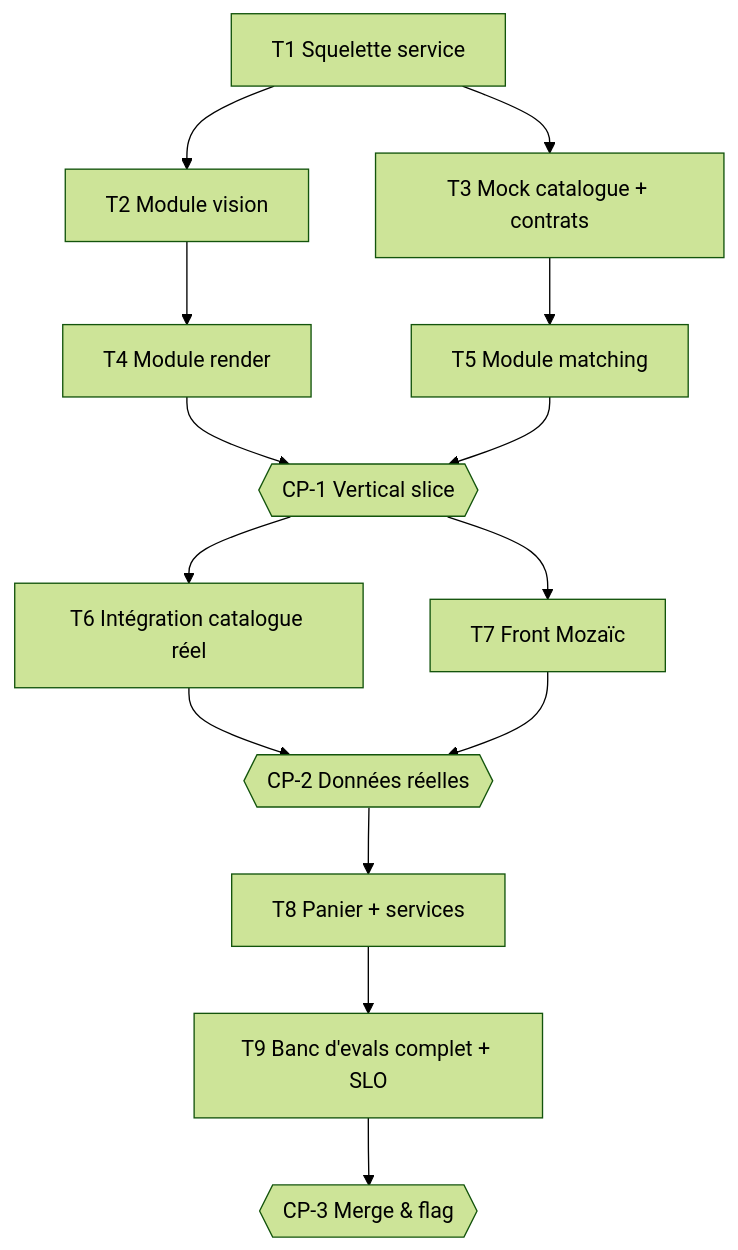
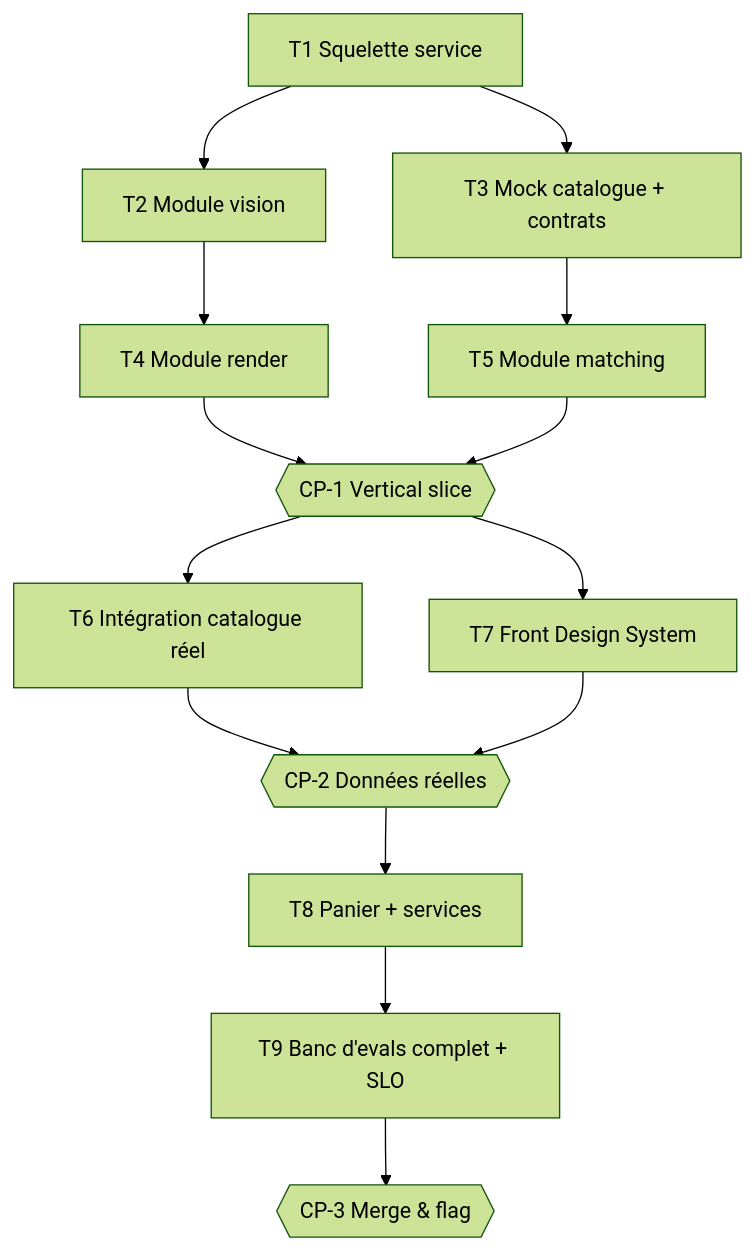
The diagram in examples/agent-douche/tasks.md (antoinelef23/Claudo), drawn with Mermaid (forest theme) before and after one commit. The commit also changed other lines of this file and 10 other files, not shown here.

````diff
--- a/examples/agent-douche/tasks.md
+++ b/examples/agent-douche/tasks.md
@@ -18,16 +18,16 @@
 ```mermaid
 flowchart TD
     T1[T1 Squelette service] --> T2[T2 Module vision]
     T1 --> T3[T3 Mock catalogue + contrats]
     T2 --> T4[T4 Module render]
     T3 --> T5[T5 Module matching]
     T4 --> CP1{{CP-1 Vertical slice}}
     T5 --> CP1
     CP1 --> T6[T6 Intégration catalogue réel]
-    CP1 --> T7[T7 Front Mozaïc]
+    CP1 --> T7[T7 Front Design System]
     T6 --> CP2{{CP-2 Données réelles}}
     T7 --> CP2
     CP2 --> T8[T8 Panier + services]
     T8 --> T9[T9 Banc d'evals complet + SLO]
     T9 --> CP3{{CP-3 Merge & flag}}
 ```
````
